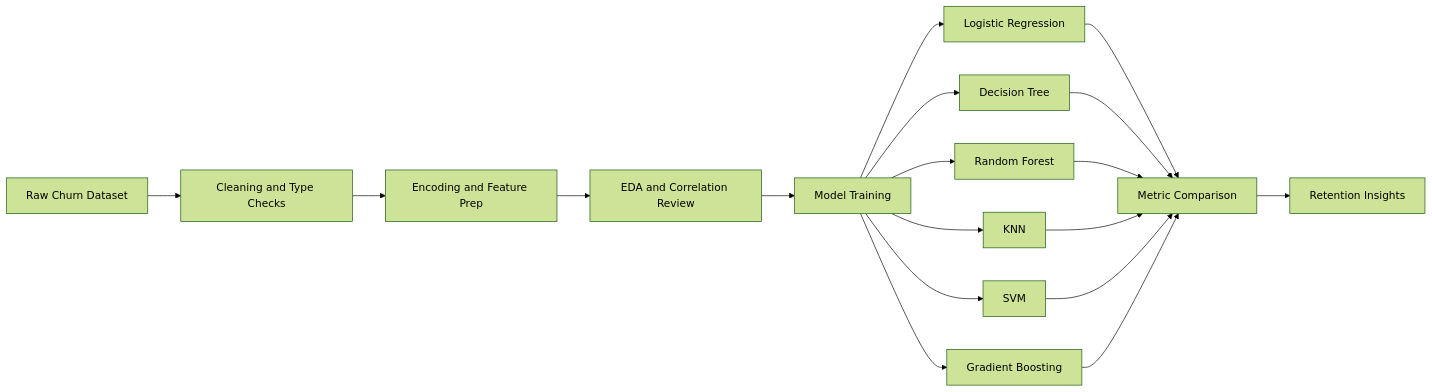
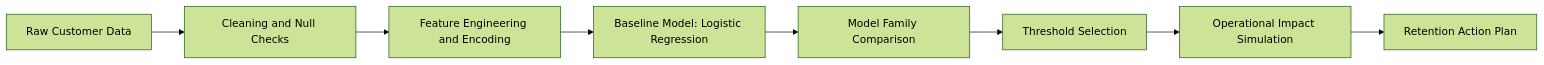
One commit to MaralVahedi/churn-pipeline changed the diagram in README.md. Above: the diagram before and after it, drawn with Mermaid (forest theme). The commit also changed other lines of this file and 2 other files, not shown here.

Commit message:
Rewrite README as problem-to-impact narrative and add operational impact visual

````diff
--- a/README.md
+++ b/README.md
@@ -31,20 +32,10 @@
 ```mermaid
 flowchart LR
-    A[Raw Churn Dataset] --> B[Cleaning and Type Checks]
-    B --> C[Encoding and Feature Prep]
-    C --> D[EDA and Correlation Review]
-    D --> E[Model Training]
-    E --> E1[Logistic Regression]
-    E --> E2[Decision Tree]
-    E --> E3[Random Forest]
-    E --> E4[KNN]
-    E --> E5[SVM]
-    E --> E6[Gradient Boosting]
-    E1 --> F[Metric Comparison]
-    E2 --> F
-    E3 --> F
-    E4 --> F
-    E5 --> F
-    E6 --> F
-    F --> G[Retention Insights]
+    A[Raw Customer Data] --> B[Cleaning and Null Checks]
+    B --> C[Feature Engineering and Encoding]
+    C --> D[Baseline Model: Logistic Regression]
+    D --> E[Model Family Comparison]
+    E --> F[Threshold Selection]
+    F --> G[Operational Impact Simulation]
+    G --> H[Retention Action Plan]
 ```
````
